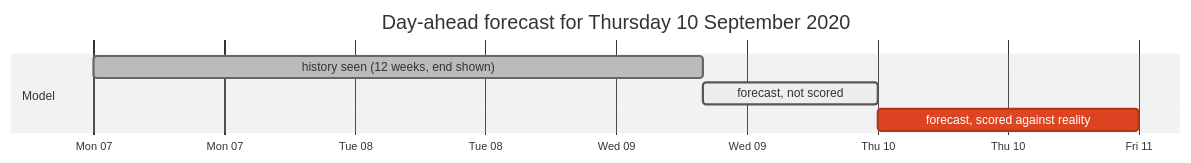
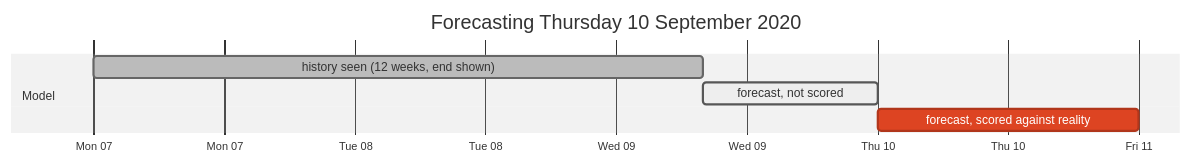
Before and after one commit to mourjo/zero-shot-forecasting: the second of 3 diagrams in README.md, drawn with Mermaid (neutral theme). The commit also changed other lines of this file and 4 other files, not shown here.

````diff
--- a/README.md
+++ b/README.md
@@ -168,10 +127,10 @@
 ```mermaid
 gantt
-    title Day-ahead forecast for Thursday 10 September 2020
+    title Forecasting Thursday 10 September 2020
     dateFormat YYYY-MM-DD HH:mm
     axisFormat %a %d
     section Model
     history seen (12 weeks, end shown) :done, 2020-09-07 00:00, 2020-09-09 08:00
     forecast, not scored                :active, 2020-09-09 08:00, 2020-09-10 00:00
     forecast, scored against reality    :crit, 2020-09-10 00:00, 2020-09-11 00:00
 ```
````
